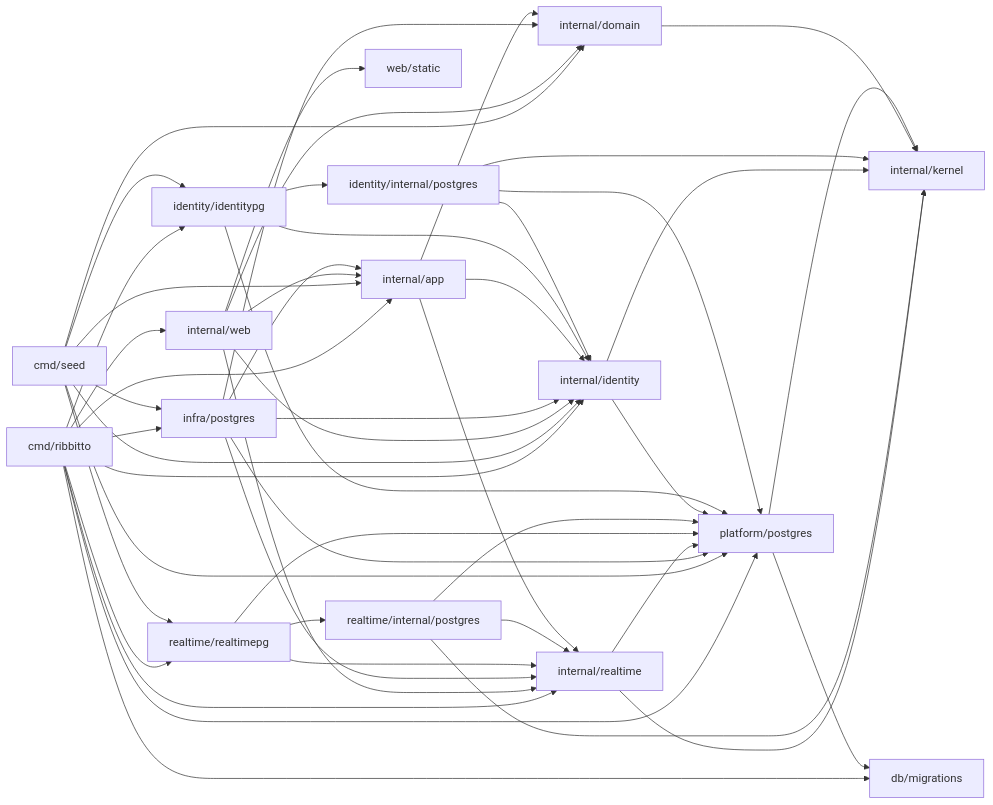
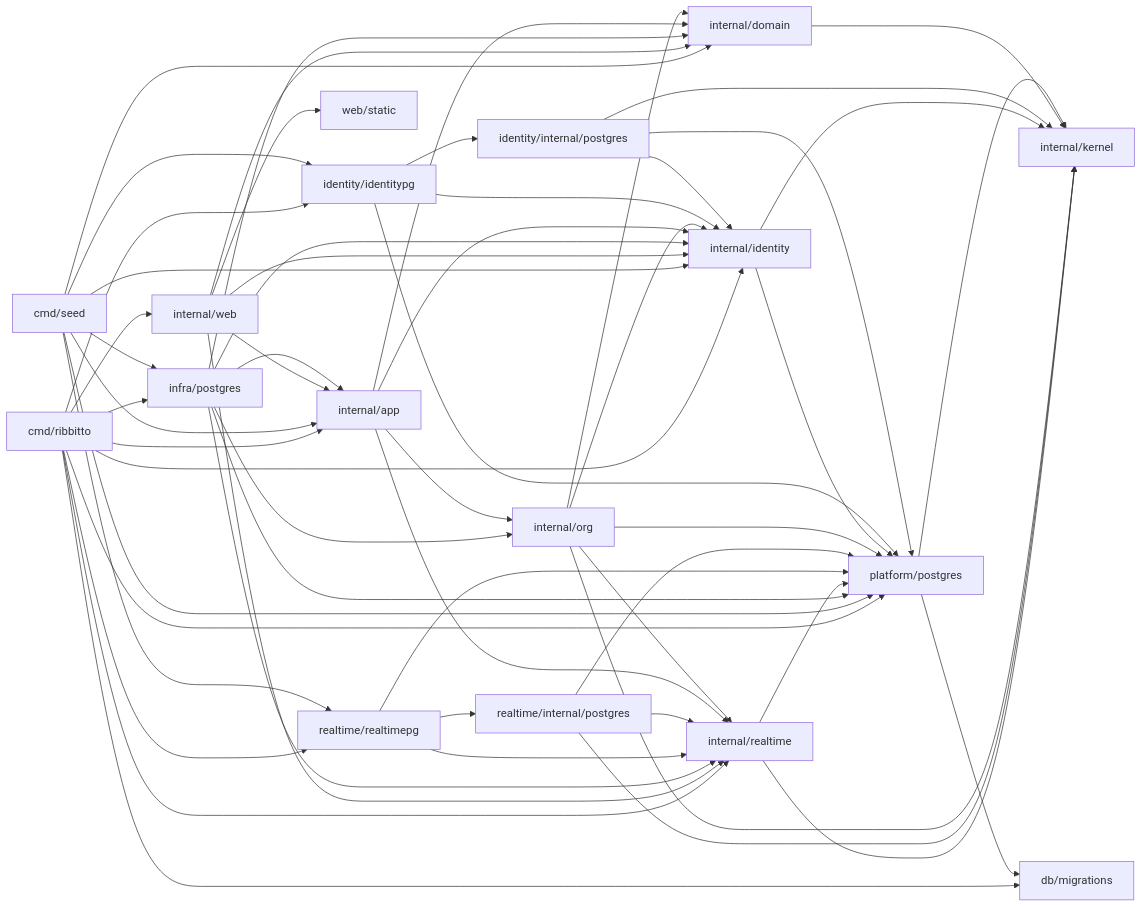
The diagram in docs/architecture/packages.md (tkakkie/ribbitto), drawn with Mermaid before and after one commit. The commit also changed other lines of this file and 45 other files, not shown here.

First line of the commit message:
refactor(org): move app/authz to the org module's root, with web and cmd forwarded

````diff
--- a/docs/architecture/packages.md
+++ b/docs/architecture/packages.md
@@ -65,16 +66,17 @@
 ```mermaid
 flowchart LR
   cmd[cmd/ribbitto] --> web & app & identity & identitypg[identity/identitypg] & realtimepg & postgres[infra/postgres] & realtime & platform[platform/postgres] & migrations[db/migrations]
   seed[cmd/seed] --> app & identity & identitypg & realtimepg & postgres & platform & domain
   web[internal/web] --> app & identity & domain & realtime & static[web/static]
-  postgres --> app & identity & domain & platform & realtime
+  postgres --> app & org & identity & domain & platform & realtime
   realtime[internal/realtime] --> kernel & platform
   realtimepg[realtime/realtimepg] --> realtime & rstore[realtime/internal/postgres] & platform
   rstore --> realtime & platform & kernel
-  app[internal/app] --> identity & realtime & domain[internal/domain]
+  app[internal/app] --> org & identity & realtime & domain[internal/domain]
+  org[internal/org] --> identity & realtime & domain & kernel & platform
   identity[internal/identity] --> kernel & platform
   identitypg --> identity & store[identity/internal/postgres] & platform
   store --> identity & platform & kernel
   domain --> kernel[internal/kernel]
   platform --> kernel & migrations
 ```
````
